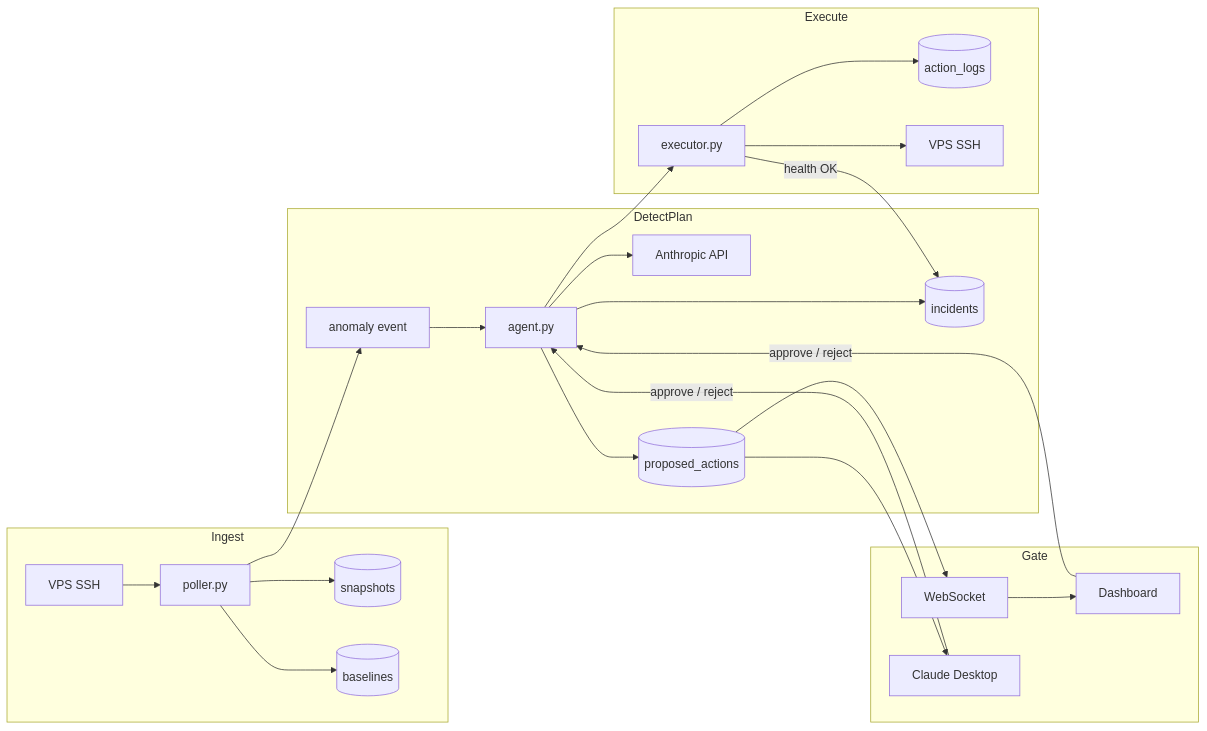
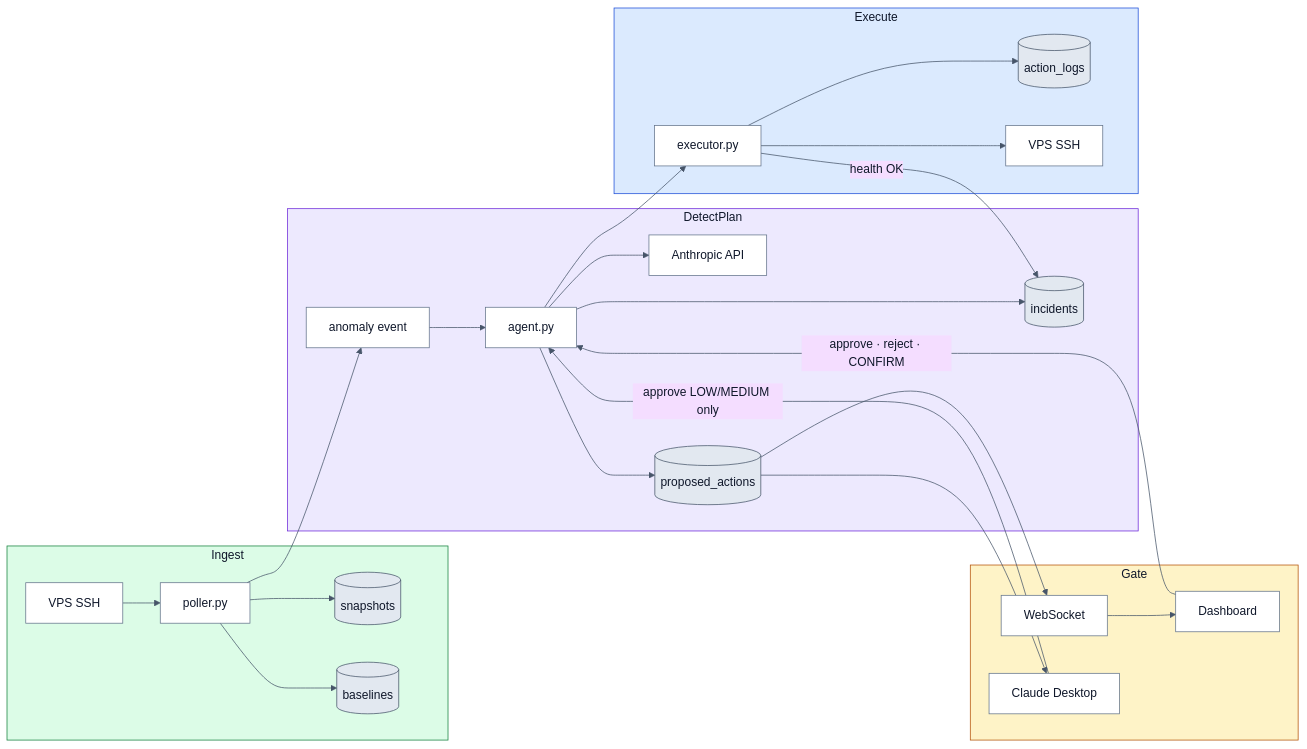
One commit to NevilPatel01/devops-mcp changed the eighth of 12 diagrams in README.md. Above: the diagram before and after it, drawn with Mermaid. The commit also changed other lines of this file and 34 other files, not shown here.

````diff
--- a/README.md
+++ b/README.md
@@ -324,41 +488,52 @@
 ```mermaid
+%%{init: {'theme':'base', 'themeVariables': {'primaryTextColor':'#0f172a','secondaryTextColor':'#0f172a','tertiaryTextColor':'#0f172a','lineColor':'#475569','textColor':'#0f172a','clusterBkg':'#f8fafc','clusterBorder':'#64748b','titleColor':'#0f172a'}}}%%
 flowchart LR
   subgraph Ingest
     VPS["VPS SSH"]
     Poller["poller.py"]
     Snap[("snapshots")]
     Base[("baselines")]
     VPS --> Poller
     Poller --> Snap & Base
   end
 
   subgraph DetectPlan
     Anomaly["anomaly event"]
     Agent["agent.py"]
     Claude["Anthropic API"]
     Inc[("incidents")]
     Act[("proposed_actions")]
     Poller --> Anomaly --> Agent
     Agent --> Claude
     Agent --> Inc & Act
   end
 
   subgraph Gate
     WS["WebSocket"]
     UI["Dashboard"]
     MCP["Claude Desktop"]
     Act --> WS --> UI
     Act --> MCP
-    UI & MCP -->|"approve / reject"| Agent
+    UI -->|"approve · reject · CONFIRM"| Agent
+    MCP -->|"approve LOW/MEDIUM only"| Agent
   end
 
   subgraph Execute
     Exec["executor.py"]
     Logs[("action_logs")]
     VPS2["VPS SSH"]
     Agent --> Exec
     Exec --> Logs
     Exec --> VPS2
     Exec -->|"health OK"| Inc
   end
+
+  style Ingest fill:#dcfce7,stroke:#15803d,color:#0f172a
+  style DetectPlan fill:#ede9fe,stroke:#6d28d9,color:#0f172a
+  style Gate fill:#fef3c7,stroke:#b45309,color:#0f172a
+  style Execute fill:#dbeafe,stroke:#1d4ed8,color:#0f172a
+  classDef node fill:#ffffff,stroke:#64748b,color:#0f172a
+  classDef store fill:#e2e8f0,stroke:#475569,color:#0f172a
+  class VPS,Poller,Anomaly,Agent,Claude,WS,UI,MCP,Exec,VPS2 node
+  class Snap,Base,Inc,Act,Logs store
 ```
````
